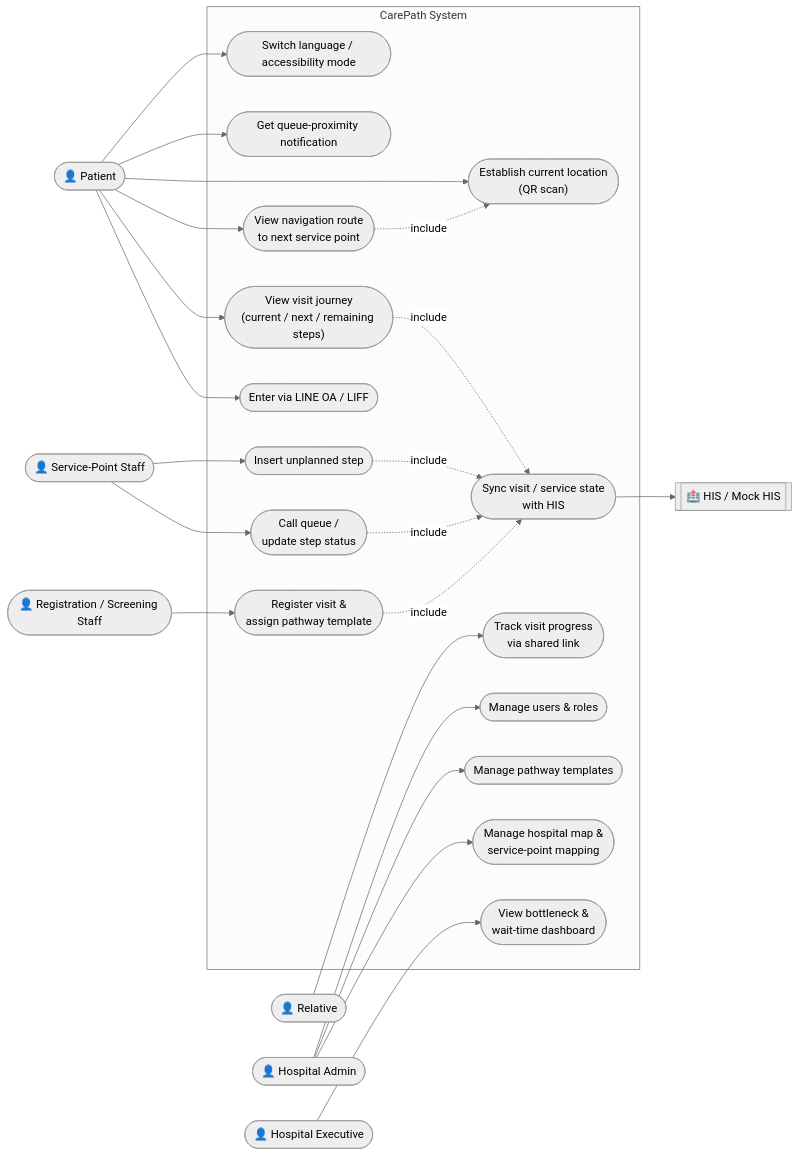
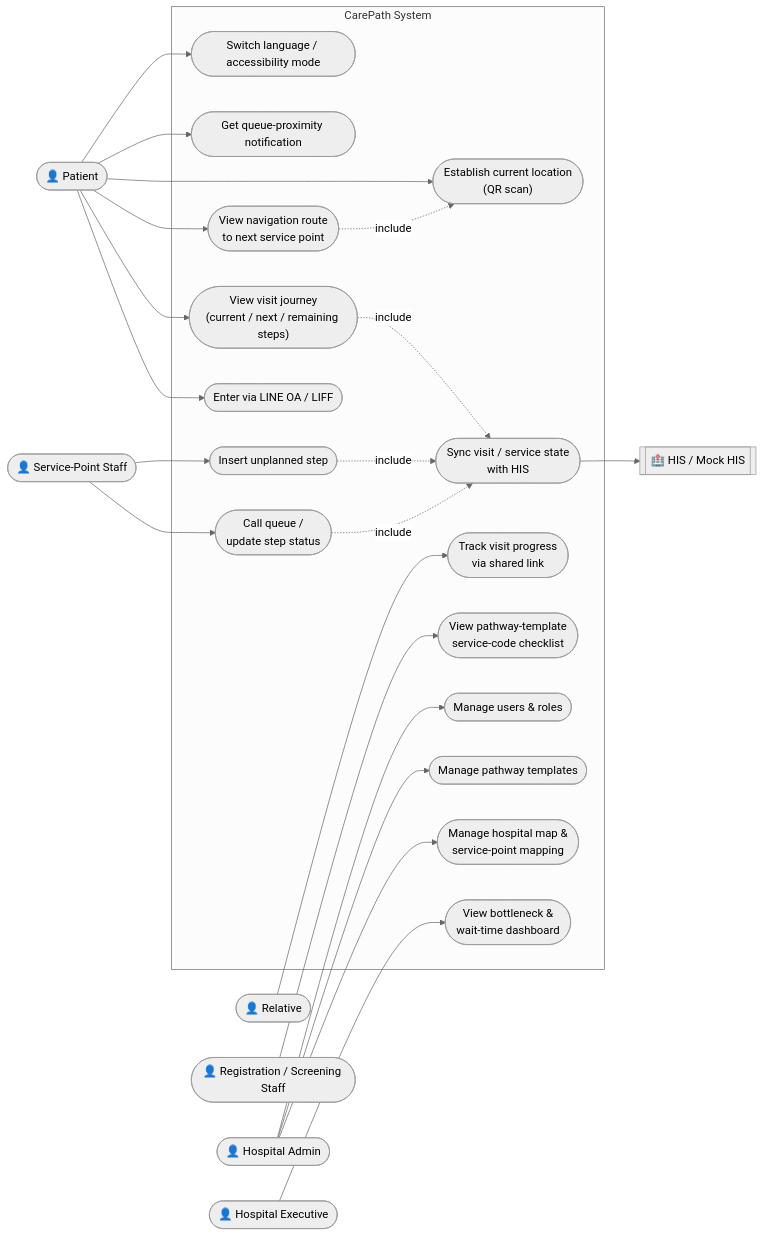
One commit to somprasongd/carepath changed the diagram in docs/deliverables/01-requirement-specification.md. Above: the diagram before and after it, drawn with Mermaid (neutral theme). The commit also changed other lines of this file and 11 other files, not shown here.

````diff
--- a/docs/deliverables/01-requirement-specification.md
+++ b/docs/deliverables/01-requirement-specification.md
@@ -139,50 +139,49 @@
 ```mermaid
 flowchart LR
     Patient(["👤 Patient"])
     Relative(["👤 Relative"])
     RegStaff(["👤 Registration / Screening Staff"])
     SPStaff(["👤 Service-Point Staff"])
     Admin(["👤 Hospital Admin"])
     Exec(["👤 Hospital Executive"])
     HIS[["🏥 HIS / Mock HIS"]]
 
     subgraph CarePath["CarePath System"]
         UC1(["Enter via LINE OA / LIFF"])
         UC2(["View visit journey<br/>(current / next / remaining steps)"])
         UC3(["View navigation route<br/>to next service point"])
         UC4(["Establish current location<br/>(QR scan)"])
         UC5(["Get queue-proximity notification"])
         UC6(["Switch language / accessibility mode"])
         UC7(["Track visit progress<br/>via shared link"])
-        UC8(["Register visit &amp;<br/>assign pathway template"])
+        UC8(["View pathway-template<br/>service-code checklist"])
         UC9(["Call queue /<br/>update step status"])
         UC10(["Insert unplanned step"])
         UC11(["Manage hospital map &amp;<br/>service-point mapping"])
         UC12(["Manage pathway templates"])
         UC13(["Manage users &amp; roles"])
         UC14(["View bottleneck &amp;<br/>wait-time dashboard"])
         UC15(["Sync visit / service state<br/>with HIS"])
     end
 
     Patient --> UC1
     Patient --> UC2
     Patient --> UC3
     Patient --> UC4
     Patient --> UC5
     Patient --> UC6
     Relative --> UC7
     RegStaff --> UC8
     SPStaff --> UC9
     SPStaff --> UC10
     Admin --> UC11
     Admin --> UC12
     Admin --> UC13
     Exec --> UC14
 
     UC3 -. include .-> UC4
     UC2 -. include .-> UC15
-    UC8 -. include .-> UC15
     UC9 -. include .-> UC15
     UC10 -. include .-> UC15
     UC15 --> HIS
 ```
````
